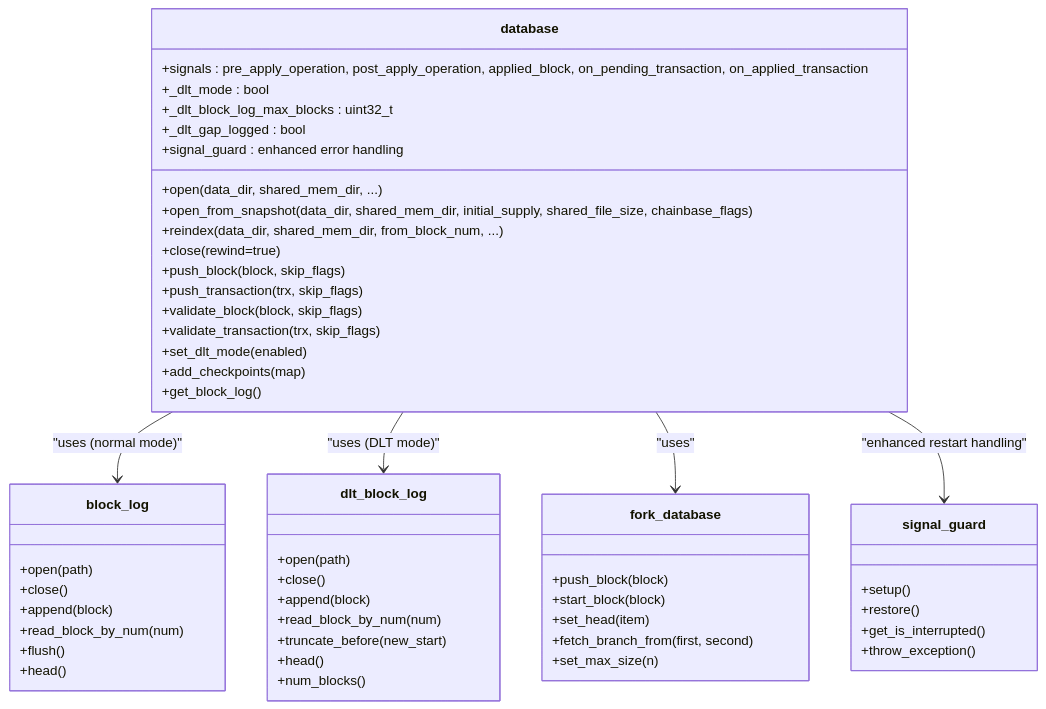
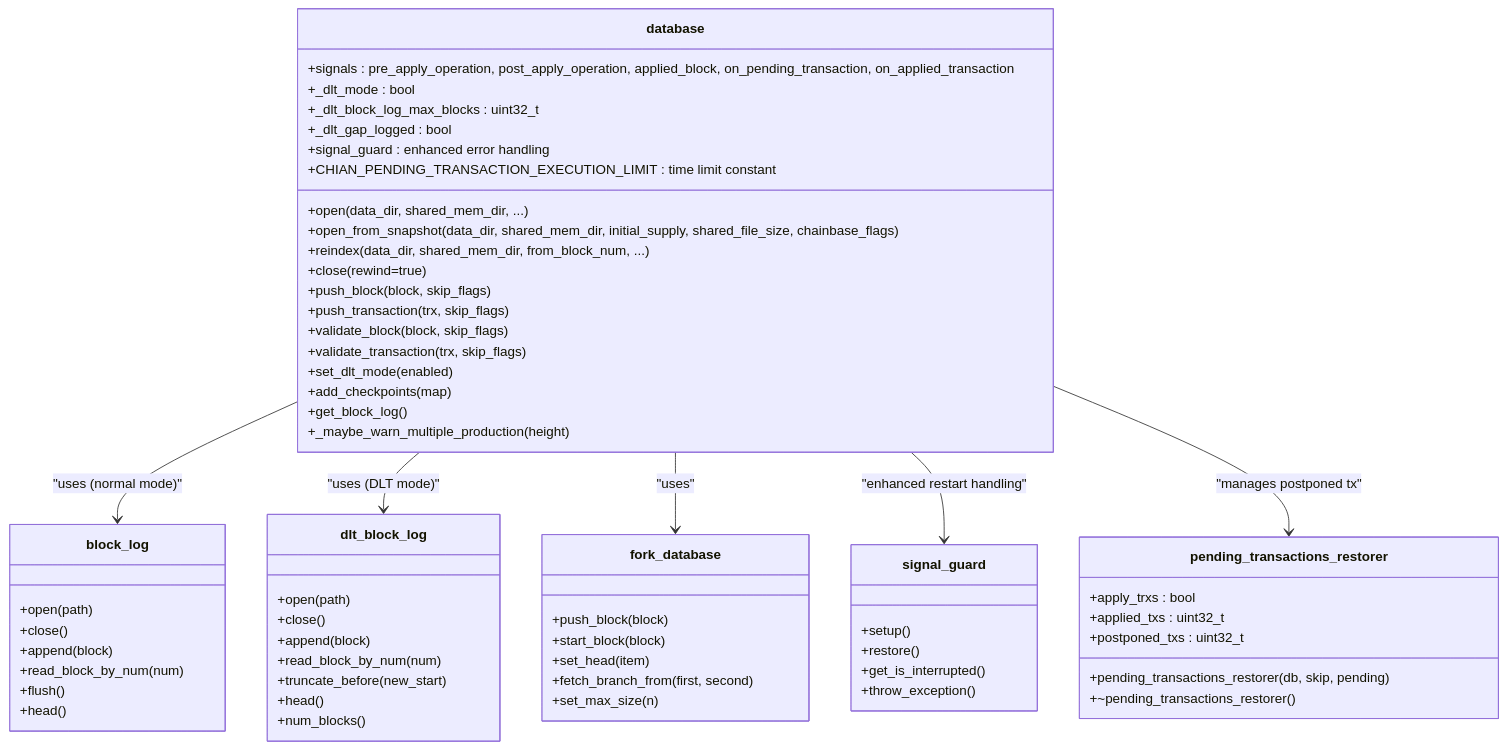
The second of 15 diagrams in .qoder/repowiki/en/content/Architecture Overview/Core Libraries/Chain Library/Database Management/Database Management.md (VIZ-Blockchain/viz-cpp-node), drawn with Mermaid before and after one commit. The commit also changed other lines of this file and 4 other files, not shown here.

````diff
--- a/.qoder/repowiki/en/content/Architecture Overview/Core Libraries/Chain Library/Database Management/Database Management.md
+++ b/.qoder/repowiki/en/content/Architecture Overview/Core Libraries/Chain Library/Database Management/Database Management.md
@@ -129,55 +148,65 @@
 ```mermaid
 classDiagram
 class database {
 +open(data_dir, shared_mem_dir, ...)
 +open_from_snapshot(data_dir, shared_mem_dir, initial_supply, shared_file_size, chainbase_flags)
 +reindex(data_dir, shared_mem_dir, from_block_num, ...)
 +close(rewind=true)
 +push_block(block, skip_flags)
 +push_transaction(trx, skip_flags)
 +validate_block(block, skip_flags)
 +validate_transaction(trx, skip_flags)
 +set_dlt_mode(enabled)
 +add_checkpoints(map)
 +get_block_log()
 +signals : pre_apply_operation, post_apply_operation, applied_block, on_pending_transaction, on_applied_transaction
 +_dlt_mode : bool
 +_dlt_block_log_max_blocks : uint32_t
 +_dlt_gap_logged : bool
 +signal_guard : enhanced error handling
++_maybe_warn_multiple_production(height)
++CHIAN_PENDING_TRANSACTION_EXECUTION_LIMIT : time limit constant
 }
 class block_log {
 +open(path)
 +close()
 +append(block)
 +read_block_by_num(num)
 +flush()
 +head()
 }
 class dlt_block_log {
 +open(path)
 +close()
 +append(block)
 +read_block_by_num(num)
 +truncate_before(new_start)
 +head()
 +num_blocks()
 }
 class fork_database {
 +push_block(block)
 +start_block(block)
 +set_head(item)
 +fetch_branch_from(first, second)
 +set_max_size(n)
 }
 class signal_guard {
 +setup()
 +restore()
 +get_is_interrupted()
 +throw_exception()
 }
+class pending_transactions_restorer {
++pending_transactions_restorer(db, skip, pending)
++~pending_transactions_restorer()
++apply_trxs : bool
++applied_txs : uint32_t
++postponed_txs : uint32_t
+}
 database --> block_log : "uses (normal mode)"
 database --> dlt_block_log : "uses (DLT mode)"
 database --> fork_database : "uses"
 database --> signal_guard : "enhanced restart handling"
+database --> pending_transactions_restorer : "manages postponed tx"
 ```
````
